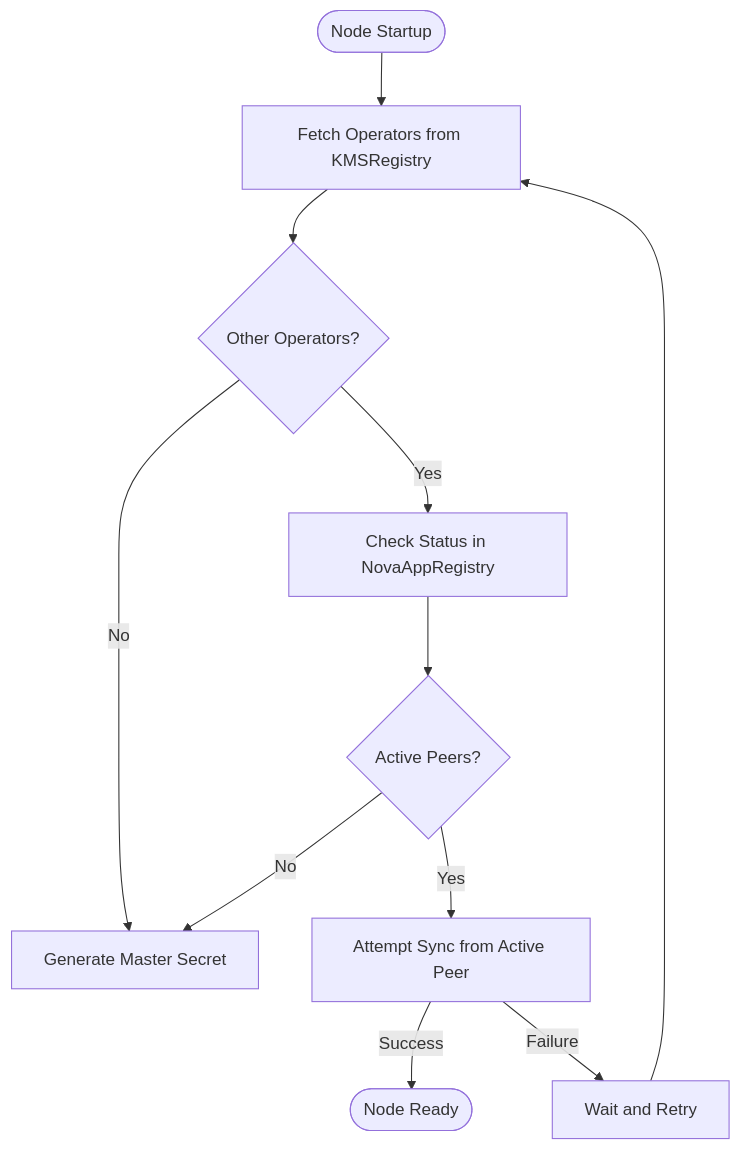
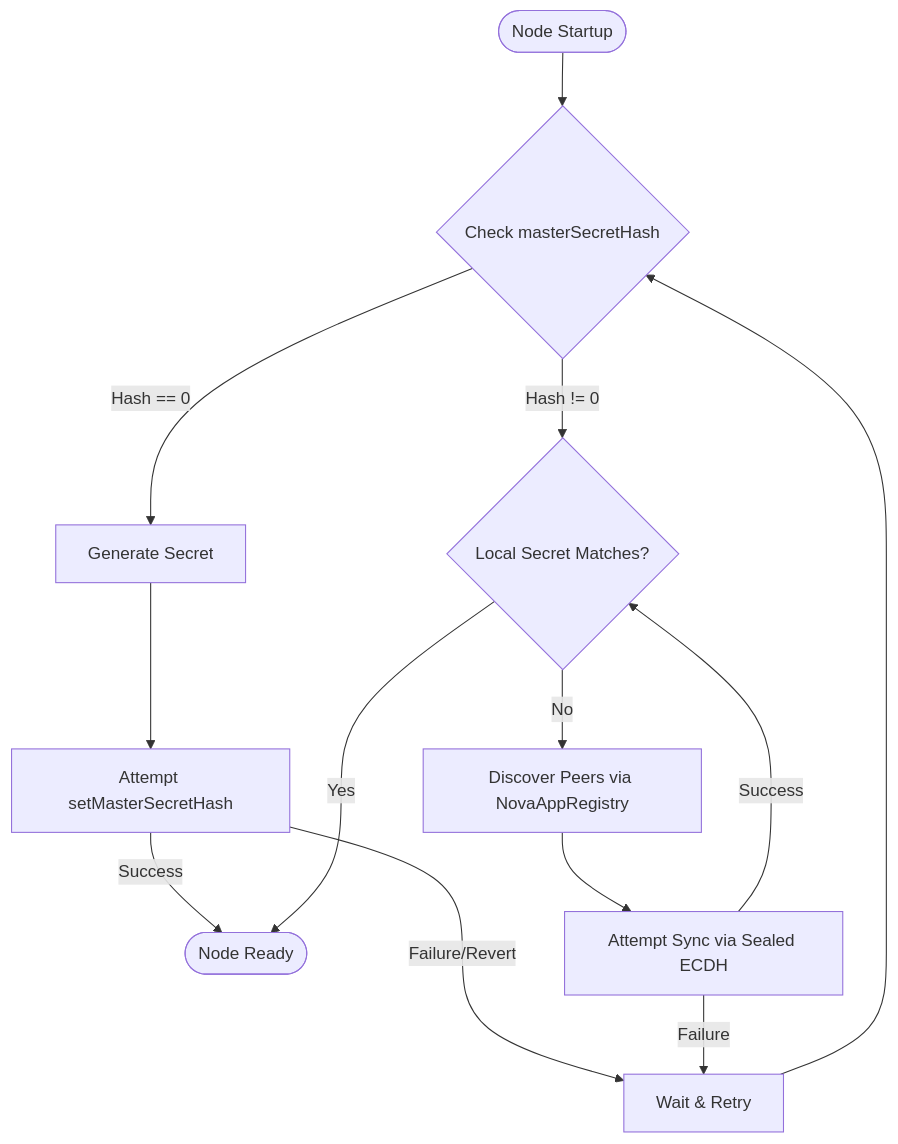
Before and after one commit to sparsity-xyz/nova-kms: the third of 5 diagrams in docs/kms-core-workflows.md, drawn with Mermaid. The commit also changed other lines of this file and 12 other files, not shown here.

````diff
--- a/docs/kms-core-workflows.md
+++ b/docs/kms-core-workflows.md
@@ -106,17 +110,18 @@
 ```mermaid
 flowchart TD
-    Start([Node Startup]) --> Discovery[Fetch Operators from KMSRegistry]
-    Discovery --> PeerCheck{Other Operators?}
+    Start([Node Startup]) --> CheckChain{Check masterSecretHash}
+
+    CheckChain -- Hash == 0 --> Generate[Generate Secret]
+    Generate --> SetHash[Attempt setMasterSecretHash]
+    SetHash -- Success --> Ready([Node Ready])
+    SetHash -- Failure/Revert --> Wait[Wait & Retry]
+    Wait --> CheckChain
+
+    CheckChain -- Hash != 0 --> Verify{Local Secret Matches?}
+    Verify -- Yes --> Ready
+    Verify -- No --> Discovery[Discover Peers via NovaAppRegistry]
+    Discovery --> Sync[Attempt Sync via Sealed ECDH]
     
-    PeerCheck -- No --> SeedGen[Generate Master Secret]
-    PeerCheck -- Yes --> StatusCheck[Check Status in NovaAppRegistry]
-    
-    StatusCheck --> ActiveExists{Active Peers?}
-    
-    ActiveExists -- No --> SeedGen
-    ActiveExists -- Yes --> SyncAttempt[Attempt Sync from Active Peer]
-    
-    SyncAttempt -- Success --> Running([Node Ready])
-    SyncAttempt -- Failure --> Wait[Wait and Retry]
-    Wait --> Discovery
+    Sync -- Success --> Verify
+    Sync -- Failure --> Wait
 ```
````
